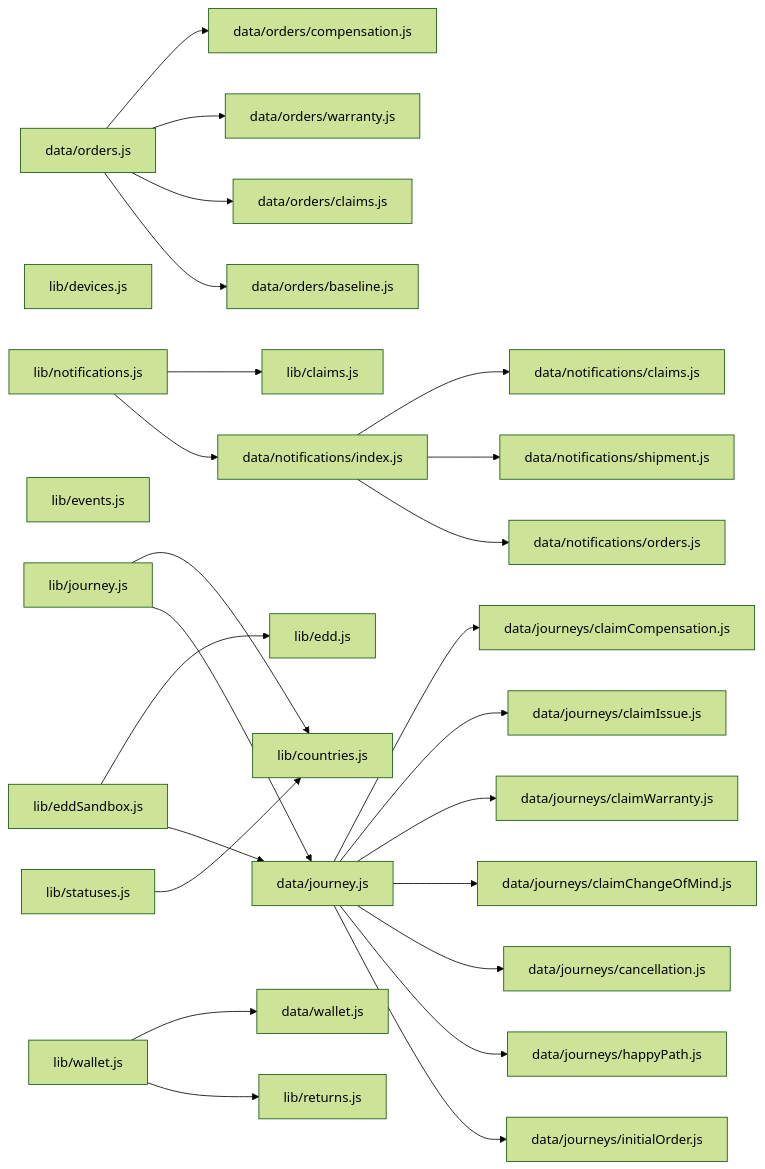
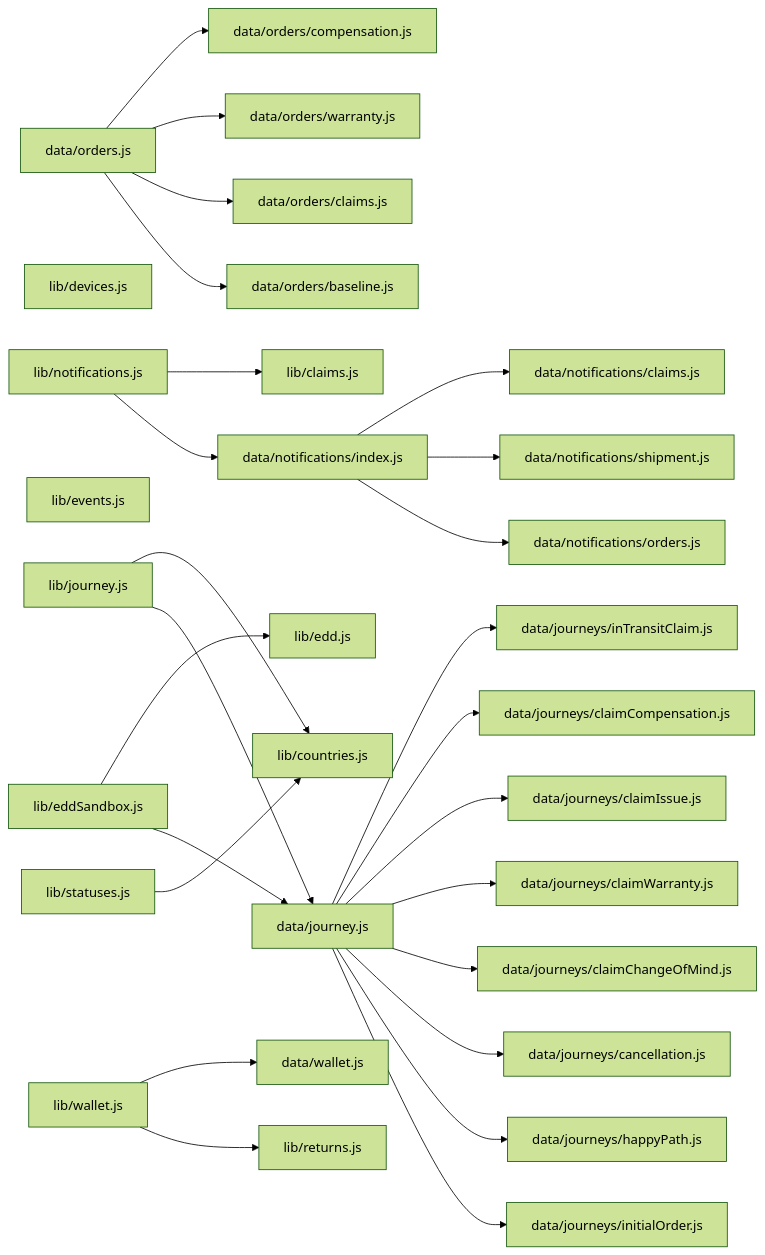
The diagram in docs/code_map.md (andrea-revibe/my-account-redesign-v2), drawn with Mermaid (forest theme) before and after one commit. The commit also changed other lines of this file and 6 other files, not shown here.

Commit message:
added raise a claim flow to delivery hero card

````diff
--- a/docs/code_map.md
+++ b/docs/code_map.md
@@ -202,55 +204,57 @@
 ```mermaid
 graph LR
   data_journey_js["data/journey.js"]
   data_journeys_cancellation_js["data/journeys/cancellation.js"]
   data_journeys_claimChangeOfMind_js["data/journeys/claimChangeOfMind.js"]
   data_journeys_claimCompensation_js["data/journeys/claimCompensation.js"]
   data_journeys_claimIssue_js["data/journeys/claimIssue.js"]
   data_journeys_claimWarranty_js["data/journeys/claimWarranty.js"]
   data_journeys_happyPath_js["data/journeys/happyPath.js"]
+  data_journeys_inTransitClaim_js["data/journeys/inTransitClaim.js"]
   data_journeys_initialOrder_js["data/journeys/initialOrder.js"]
   data_notifications_claims_js["data/notifications/claims.js"]
   data_notifications_index_js["data/notifications/index.js"]
   data_notifications_orders_js["data/notifications/orders.js"]
   data_notifications_shipment_js["data/notifications/shipment.js"]
   data_orders_js["data/orders.js"]
   data_orders_baseline_js["data/orders/baseline.js"]
   data_orders_claims_js["data/orders/claims.js"]
   data_orders_compensation_js["data/orders/compensation.js"]
   data_orders_warranty_js["data/orders/warranty.js"]
   data_wallet_js["data/wallet.js"]
   lib_claims_js["lib/claims.js"]
   lib_countries_js["lib/countries.js"]
   lib_devices_js["lib/devices.js"]
   lib_edd_js["lib/edd.js"]
   lib_eddSandbox_js["lib/eddSandbox.js"]
   lib_events_js["lib/events.js"]
   lib_journey_js["lib/journey.js"]
   lib_notifications_js["lib/notifications.js"]
   lib_returns_js["lib/returns.js"]
   lib_statuses_js["lib/statuses.js"]
   lib_wallet_js["lib/wallet.js"]
   data_journey_js --> data_journeys_initialOrder_js
   data_journey_js --> data_journeys_happyPath_js
   data_journey_js --> data_journeys_cancellation_js
   data_journey_js --> data_journeys_claimChangeOfMind_js
   data_journey_js --> data_journeys_claimWarranty_js
   data_journey_js --> data_journeys_claimIssue_js
   data_journey_js --> data_journeys_claimCompensation_js
+  data_journey_js --> data_journeys_inTransitClaim_js
   data_notifications_index_js --> data_notifications_orders_js
   data_notifications_index_js --> data_notifications_shipment_js
   data_notifications_index_js --> data_notifications_claims_js
   data_orders_js --> data_orders_baseline_js
   data_orders_js --> data_orders_claims_js
   data_orders_js --> data_orders_warranty_js
   data_orders_js --> data_orders_compensation_js
   lib_eddSandbox_js --> data_journey_js
   lib_eddSandbox_js --> lib_edd_js
   lib_journey_js --> data_journey_js
   lib_journey_js --> lib_countries_js
   lib_notifications_js --> data_notifications_index_js
   lib_notifications_js --> lib_claims_js
   lib_statuses_js --> lib_countries_js
   lib_wallet_js --> lib_returns_js
   lib_wallet_js --> data_wallet_js
 ```
````
